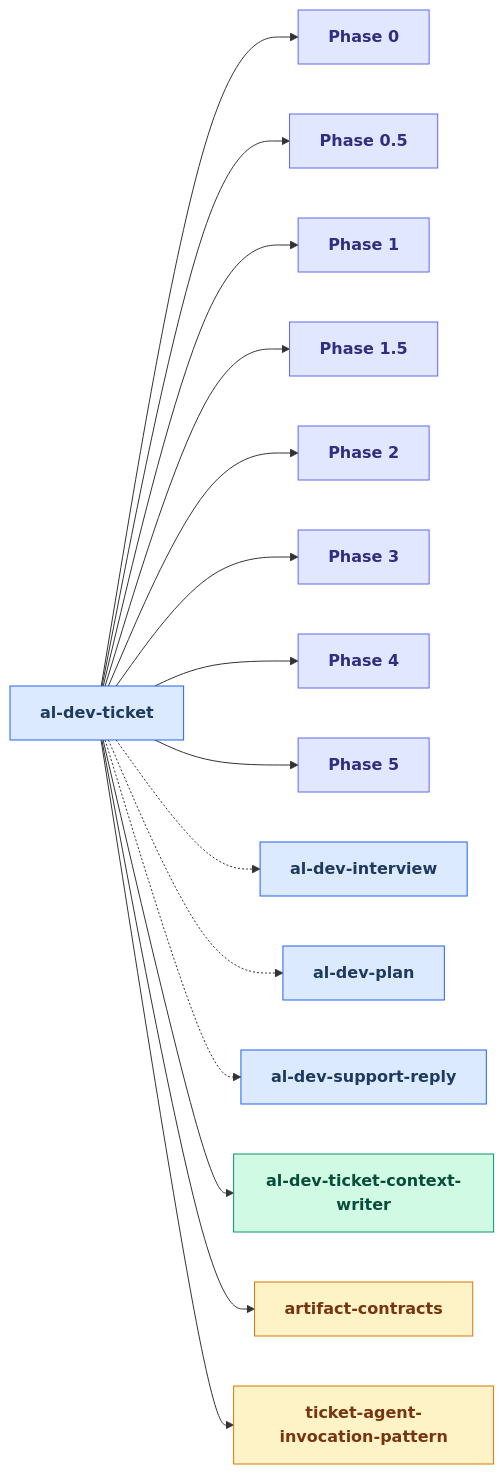
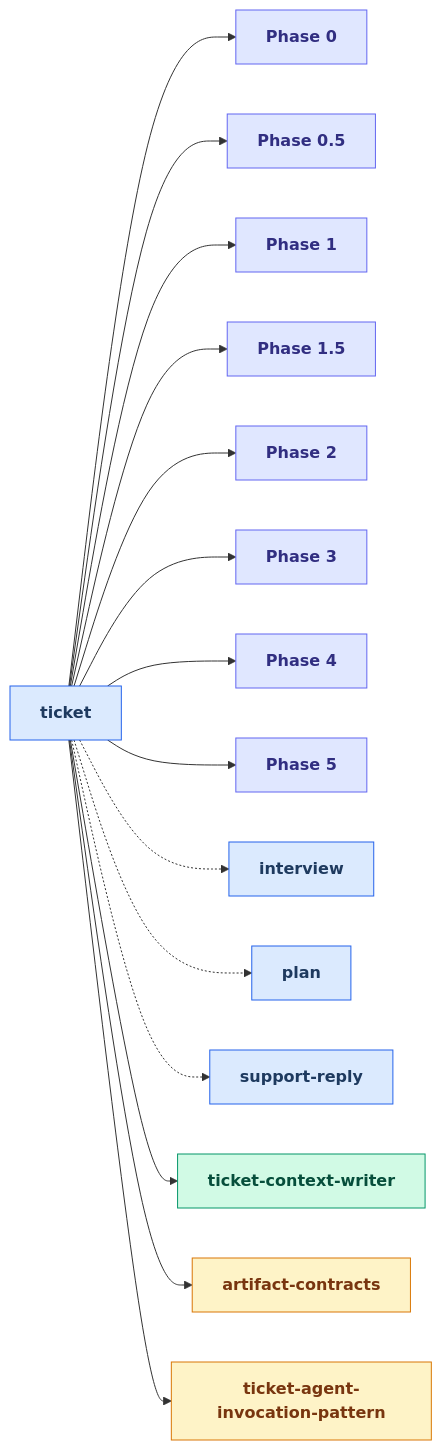
The second of 24 diagrams in docs/skills_map.md (russell-laing/al-dev-shared), drawn with Mermaid before and after one commit. The commit also changed other lines of this file and 8 other files, not shown here.

````diff
--- a/docs/skills_map.md
+++ b/docs/skills_map.md
@@ -91,55 +97,55 @@
 ```mermaid
 flowchart LR
     classDef skillNode fill:#dbeafe,stroke:#2563eb,color:#1e3a5f,font-weight:bold
     classDef agentNode fill:#d1fae5,stroke:#059669,color:#064e3b,font-weight:bold
     classDef knowledgeNode fill:#fef3c7,stroke:#d97706,color:#78350f,font-weight:bold
     classDef artifactNode fill:#ede9fe,stroke:#7c3aed,color:#4c1d95,font-weight:bold
     classDef phaseNode fill:#e0e7ff,stroke:#6366f1,color:#312e81,font-weight:bold
 
-    skill_al_dev_ticket[al-dev-ticket]
+    skill_ticket[ticket]
     Phase0["Phase 0"]
     Phase0_5["Phase 0.5"]
     Phase1["Phase 1"]
     Phase1_5["Phase 1.5"]
     Phase2["Phase 2"]
     Phase3["Phase 3"]
     Phase4["Phase 4"]
     Phase5["Phase 5"]
-    skill_al_dev_interview[al-dev-interview]
-    skill_al_dev_plan[al-dev-plan]
-    skill_al_dev_support_reply[al-dev-support-reply]
-    agent_al_dev_ticket_context_writer[al-dev-ticket-context-writer]
+    skill_interview[interview]
+    skill_plan[plan]
+    skill_support_reply[support-reply]
+    agent_ticket_context_writer[ticket-context-writer]
     knowledge_artifact_contracts_md[artifact-contracts]
     knowledge_ticket_agent_invocation_pattern_md[ticket-agent-invocation-pattern]
 
-    skill_al_dev_ticket --> Phase0
-    skill_al_dev_ticket --> Phase0_5
-    skill_al_dev_ticket --> Phase1
-    skill_al_dev_ticket --> Phase1_5
-    skill_al_dev_ticket --> Phase2
-    skill_al_dev_ticket --> Phase3
-    skill_al_dev_ticket --> Phase4
-    skill_al_dev_ticket --> Phase5
-    skill_al_dev_ticket -.-> skill_al_dev_interview
-    skill_al_dev_ticket -.-> skill_al_dev_plan
-    skill_al_dev_ticket -.-> skill_al_dev_support_reply
-    skill_al_dev_ticket --> agent_al_dev_ticket_context_writer
-    skill_al_dev_ticket --> knowledge_artifact_contracts_md
-    skill_al_dev_ticket --> knowledge_ticket_agent_invocation_pattern_md
+    skill_ticket --> Phase0
+    skill_ticket --> Phase0_5
+    skill_ticket --> Phase1
+    skill_ticket --> Phase1_5
+    skill_ticket --> Phase2
+    skill_ticket --> Phase3
+    skill_ticket --> Phase4
+    skill_ticket --> Phase5
+    skill_ticket -.-> skill_interview
+    skill_ticket -.-> skill_plan
+    skill_ticket -.-> skill_support_reply
+    skill_ticket --> agent_ticket_context_writer
+    skill_ticket --> knowledge_artifact_contracts_md
+    skill_ticket --> knowledge_ticket_agent_invocation_pattern_md
 
-    class skill_al_dev_ticket skillNode
+    class skill_ticket skillNode
     class Phase0 phaseNode
     class Phase0_5 phaseNode
     class Phase1 phaseNode
     class Phase1_5 phaseNode
     class Phase2 phaseNode
     class Phase3 phaseNode
     class Phase4 phaseNode
     class Phase5 phaseNode
-    class skill_al_dev_interview skillNode
-    class skill_al_dev_plan skillNode
-    class skill_al_dev_support_reply skillNode
-    class agent_al_dev_ticket_context_writer agentNode
+    class skill_interview skillNode
+    class skill_plan skillNode
+    class skill_support_reply skillNode
+    class agent_ticket_context_writer agentNode
     class knowledge_artifact_contracts_md knowledgeNode
     class knowledge_ticket_agent_invocation_pattern_md knowledgeNode
 ```
````
